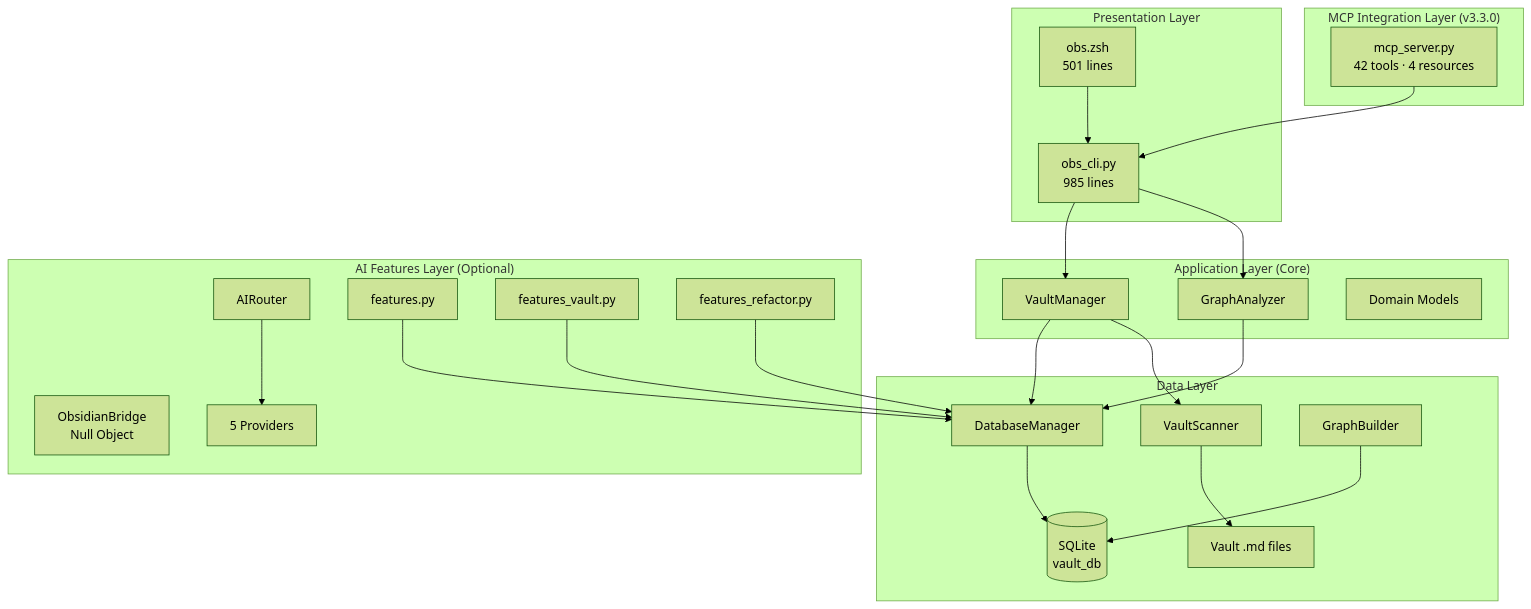
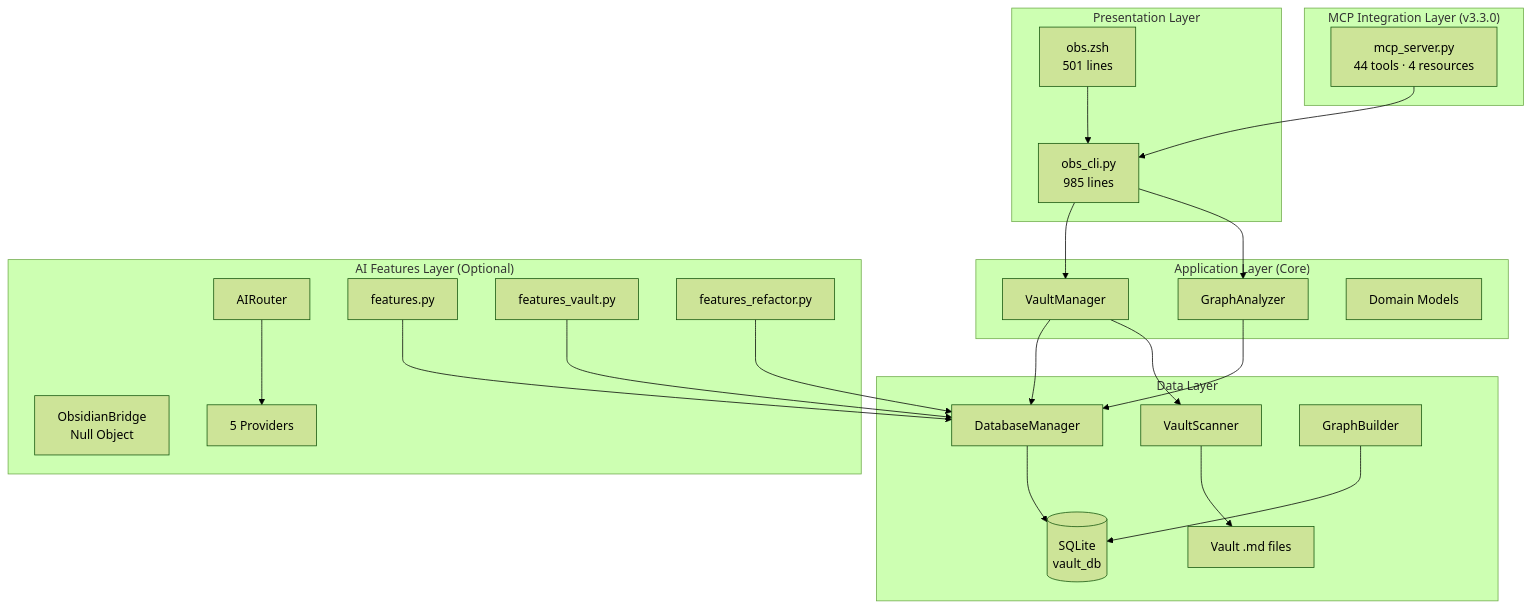
One commit to Data-Wise/obsidian-cli-ops changed the first of 10 diagrams in docs_mkdocs/developer/architecture.md. Above: the diagram before and after it, drawn with Mermaid (forest theme). The commit also changed other lines of this file and 22 other files, not shown here.

First line of the commit message:
feat: vault template ops — obs template list|new + MCP tools (nexus port)

````diff
--- a/docs_mkdocs/developer/architecture.md
+++ b/docs_mkdocs/developer/architecture.md
@@ -11,49 +11,49 @@
 ```mermaid
 flowchart TD
     subgraph Presentation["Presentation Layer"]
         Z[obs.zsh\n501 lines]
         P[obs_cli.py\n985 lines]
     end
 
     subgraph MCP["MCP Integration Layer (v3.3.0)"]
-        M[mcp_server.py\n42 tools · 4 resources]
+        M[mcp_server.py\n44 tools · 4 resources]
     end
 
     subgraph Core["Application Layer (Core)"]
         VM[VaultManager]
         GA[GraphAnalyzer]
         DM[Domain Models]
     end
 
     subgraph AI["AI Features Layer (Optional)"]
         AR[AIRouter]
         FT[features.py]
         FV[features_vault.py]
         FR[features_refactor.py]
         OB[ObsidianBridge\nNull Object]
         PR[5 Providers]
     end
 
     subgraph Data["Data Layer"]
         DB[DatabaseManager]
         VS[VaultScanner]
         GB[GraphBuilder]
         SQ[(SQLite\nvault_db)]
         FS[Vault .md files]
     end
 
     Z --> P
     P --> VM
     P --> GA
     M --> P
     VM --> DB
     GA --> DB
     VM --> VS
     VS --> FS
     FT --> DB
     FV --> DB
     FR --> DB
     AR --> PR
     DB --> SQ
     GB --> SQ
 ```
````
